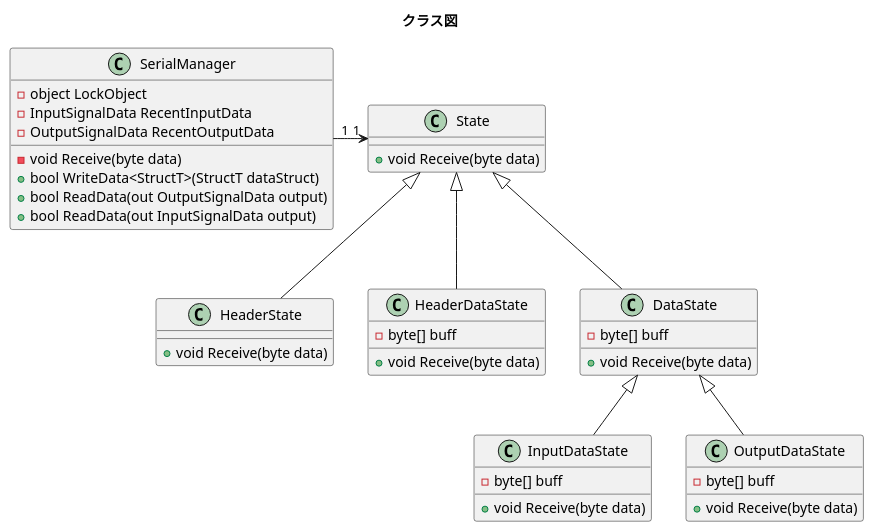
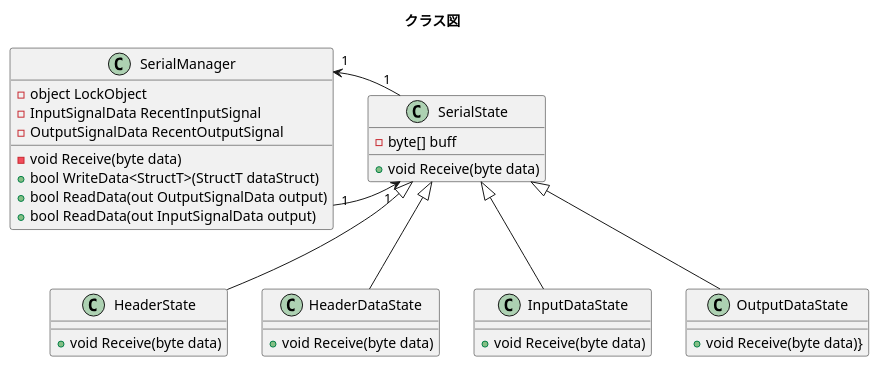
The diagram in Serial/SerialClass.puml (TK-R/ET2017-UML), drawn with PlantUML before and after one commit. The commit also changed 1 other file, not shown here.

```diff
--- a/Serial/SerialClass.puml
+++ b/Serial/SerialClass.puml
@@ -1,54 +1,50 @@
 @startuml
 
 title クラス図
 
 Class SerialManager {
 	-void Receive(byte data)
 	+bool WriteData<StructT>(StructT dataStruct)
 	+bool ReadData(out OutputSignalData output)
 	+bool ReadData(out InputSignalData output)
 	-object LockObject
-	-InputSignalData RecentInputData
-	-OutputSignalData RecentOutputData
+	-InputSignalData RecentInputSignal
+	-OutputSignalData RecentOutputSignal
 }
 
-Class State {
+
+Class SerialState {
+	
 	+void Receive(byte data)
+	-byte[] buff
+
 }
-
 
 Class HeaderState {
 	+void Receive(byte data)
 }
 
 Class HeaderDataState{
 	+void Receive(byte data)
-	-byte[] buff
-}
-
-Class DataState{
-	+void Receive(byte data)
-	-byte[] buff
 }
 
 Class InputDataState {
 	+void Receive(byte data)
-	-byte[] buff
 }
 
 Class OutputDataState {
-	+void Receive(byte data)
-	-byte[] buff
+	+void Receive(byte data)}
 }
 
-SerialManager "1" -> "1" State
 
-State <|-- HeaderState
-State <|-- HeaderDataState
-State <|-- DataState
+SerialManager "1" -> "1" SerialState
+SerialManager "1" <- "1" SerialState
 
-DataState <|-- InputDataState
-DataState <|-- OutputDataState
+
+SerialState <|-- HeaderState
+SerialState <|-- HeaderDataState
+SerialState <|-- InputDataState
+SerialState <|-- OutputDataState
 
 
 @enduml
```
